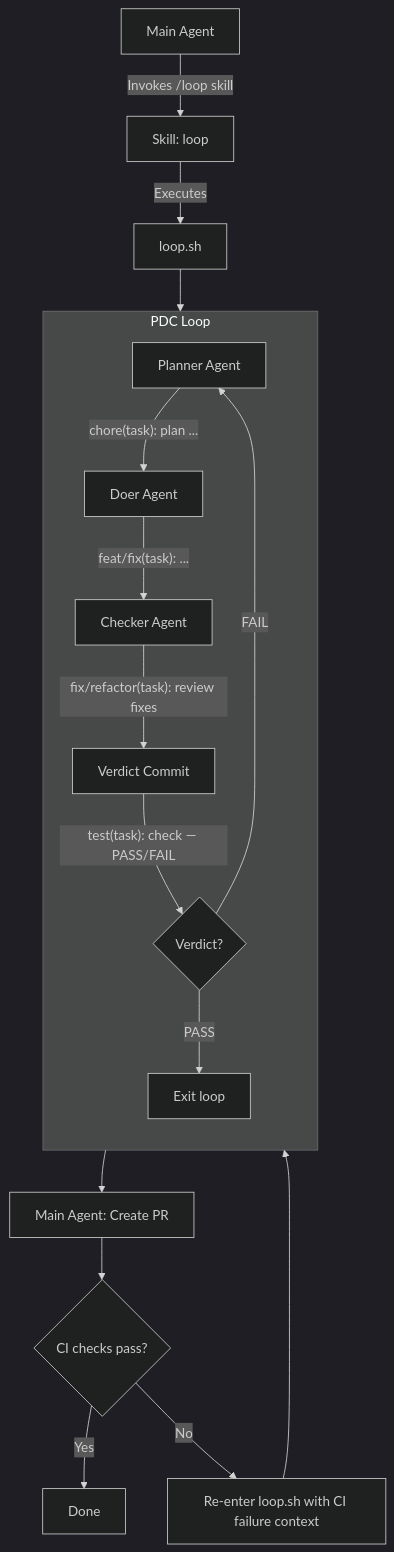
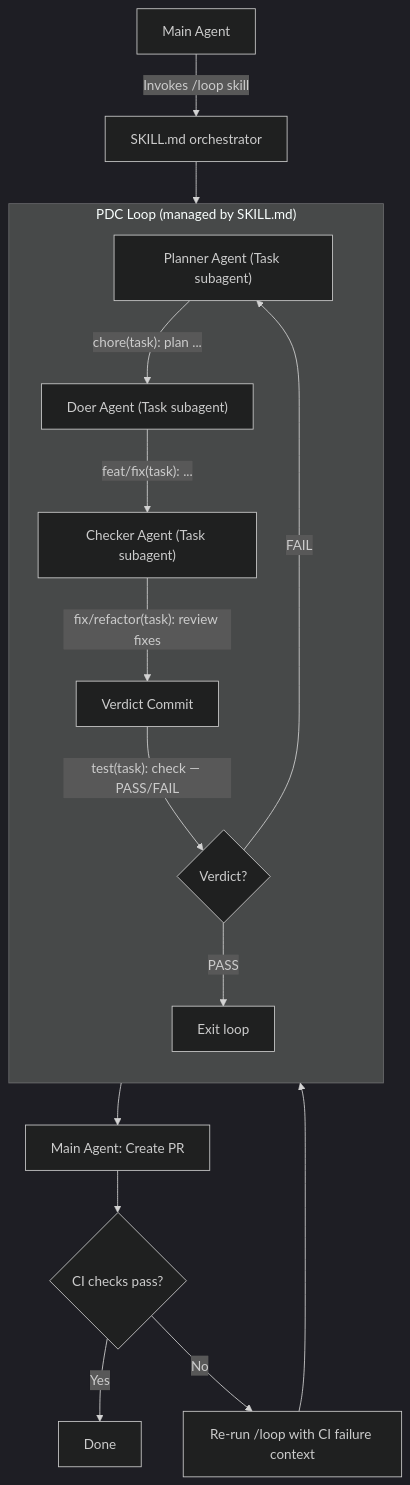
One commit to code-salad/looper changed the diagram in docs/pdc-loop-flow.md. Above: the diagram before and after it, drawn with Mermaid (dark theme). The commit also changed other lines of this file and 3 other files, not shown here.

First line of the commit message:
refactor(loop): replace loop.sh with agent-based SKILL.md orchestrator

````diff
--- a/docs/pdc-loop-flow.md
+++ b/docs/pdc-loop-flow.md
@@ -40,23 +32,22 @@
 ```mermaid
 flowchart TD
-    A["Main Agent"] -->|"Invokes /loop skill"| B["Skill: loop"]
-    B -->|"Executes"| C["loop.sh"]
-    C --> P
+    A["Main Agent"] -->|"Invokes /loop skill"| B["SKILL.md orchestrator"]
+    B --> P
 
-    subgraph LOOP ["PDC Loop"]
+    subgraph LOOP ["PDC Loop (managed by SKILL.md)"]
         direction TB
-        P["Planner Agent"]
-        P -->|"chore(task): plan ..."| D["Doer Agent"]
-        D -->|"feat/fix(task): ..."| CH["Checker Agent"]
+        P["Planner Agent (Task subagent)"]
+        P -->|"chore(task): plan ..."| D["Doer Agent (Task subagent)"]
+        D -->|"feat/fix(task): ..."| CH["Checker Agent (Task subagent)"]
         CH -->|"fix/refactor(task): review fixes"| V["Verdict Commit"]
         V -->|"test(task): check — PASS/FAIL"| DECIDE{Verdict?}
         DECIDE -->|"FAIL"| P
         DECIDE -->|"PASS"| EXIT["Exit loop"]
     end
 
     EXIT --> PR["Main Agent: Create PR"]
     PR --> CI{CI checks pass?}
     CI -->|"Yes"| DONE["Done"]
-    CI -->|"No"| RESUME["Re-enter loop.sh with CI failure context"]
+    CI -->|"No"| RESUME["Re-run /loop with CI failure context"]
     RESUME --> P
 ```
````
